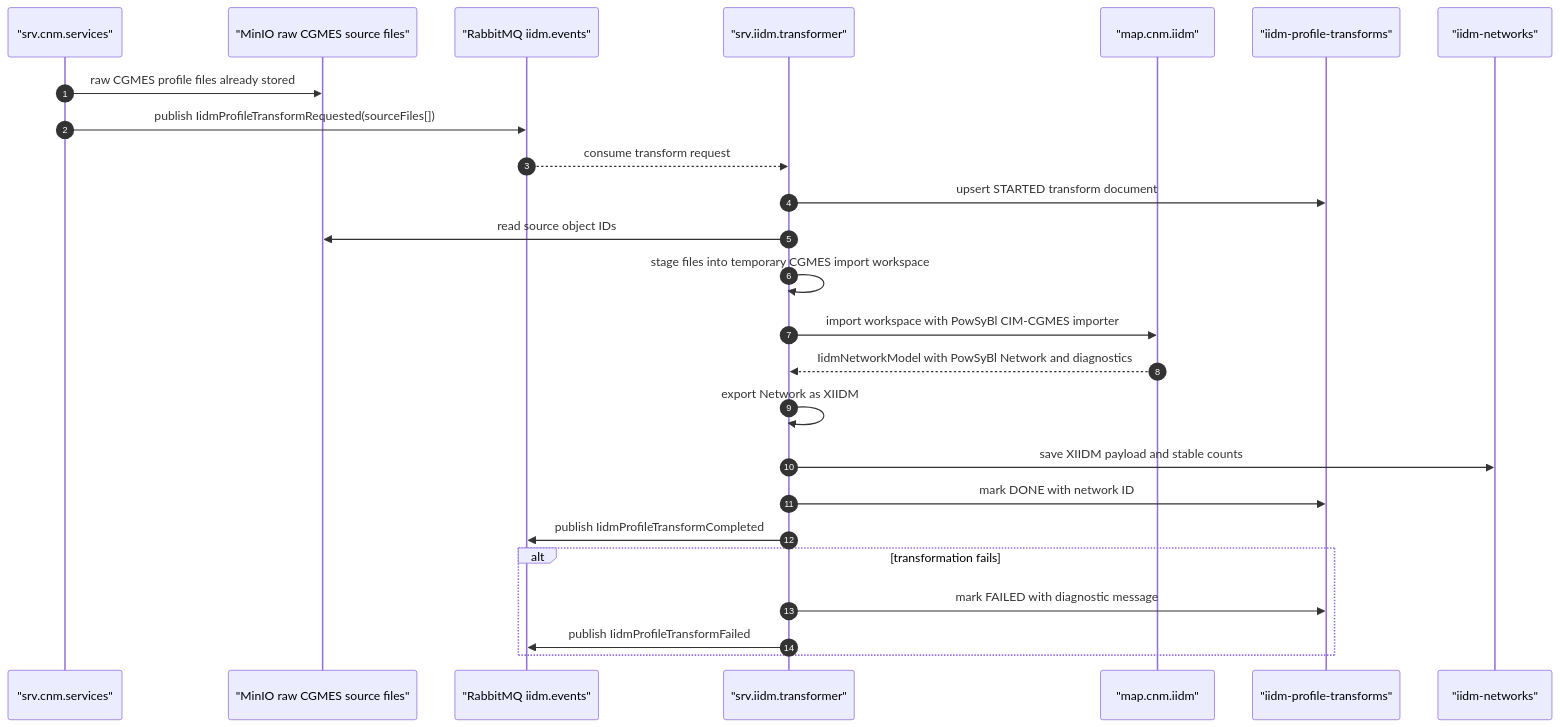
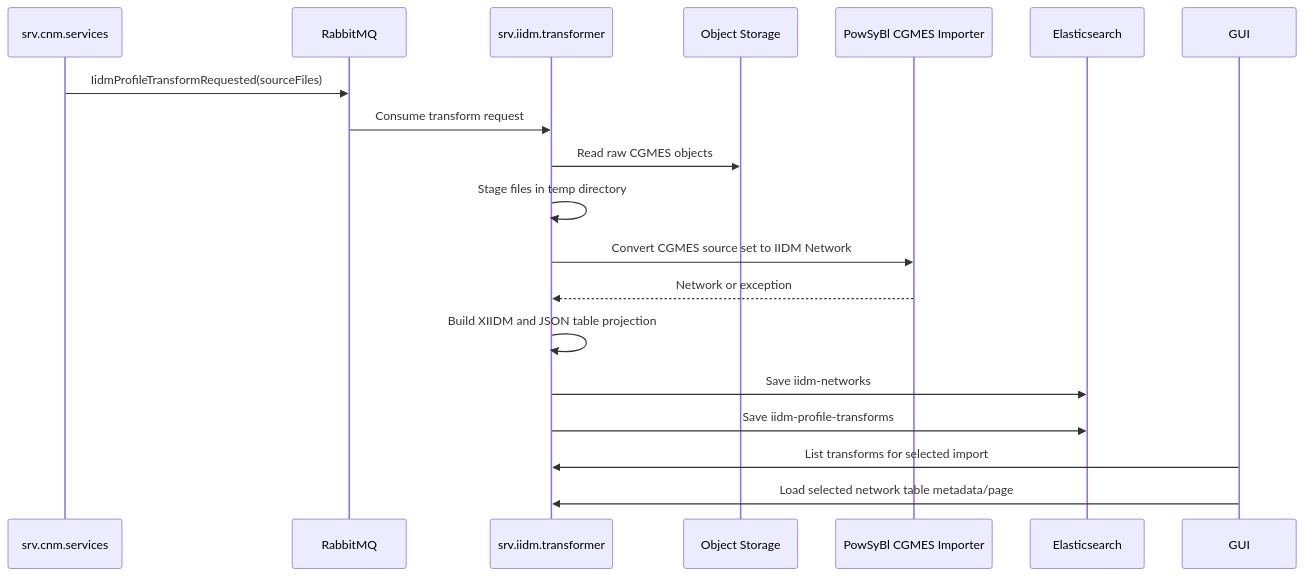
The diagram in doc.arch/IIDM_TRANSFORMATION_DESIGN.md (gsrinike/egm-suite), drawn with Mermaid before and after one commit. The commit also changed other lines of this file and 45 other files, not shown here.

````diff
--- a/doc.arch/IIDM_TRANSFORMATION_DESIGN.md
+++ b/doc.arch/IIDM_TRANSFORMATION_DESIGN.md
@@ -98,29 +75,22 @@
 ```mermaid
 sequenceDiagram
-    autonumber
-    participant CNM as "srv.cnm.services"
-    participant ObjectStore as "MinIO raw CGMES source files"
-    participant Events as "RabbitMQ iidm.events"
-    participant IIDM as "srv.iidm.transformer"
-    participant Mapping as "map.cnm.iidm"
-    participant TransformIndex as "iidm-profile-transforms"
-    participant NetworkIndex as "iidm-networks"
+  participant CNM as srv.cnm.services
+  participant MQ as RabbitMQ
+  participant IIDM as srv.iidm.transformer
+  participant MinIO as Object Storage
+  participant PowSyBl as PowSyBl CGMES Importer
+  participant ES as Elasticsearch
+  participant GUI as GUI
 
-    CNM->>ObjectStore: raw CGMES profile files already stored
-    CNM->>Events: publish IidmProfileTransformRequested(sourceFiles[])
-    Events-->>IIDM: consume transform request
-    IIDM->>TransformIndex: upsert STARTED transform document
-    IIDM->>ObjectStore: read source object IDs
-    IIDM->>IIDM: stage files into temporary CGMES import workspace
-    IIDM->>Mapping: import workspace with PowSyBl CIM-CGMES importer
-    Mapping-->>IIDM: IidmNetworkModel with PowSyBl Network and diagnostics
-    IIDM->>IIDM: export Network as XIIDM
-    IIDM->>NetworkIndex: save XIIDM payload and stable counts
-    IIDM->>TransformIndex: mark DONE with network ID
-    IIDM->>Events: publish IidmProfileTransformCompleted
-
-    alt transformation fails
-        IIDM->>TransformIndex: mark FAILED with diagnostic message
-        IIDM->>Events: publish IidmProfileTransformFailed
-    end
+  CNM->>MQ: IidmProfileTransformRequested(sourceFiles)
+  MQ->>IIDM: Consume transform request
+  IIDM->>MinIO: Read raw CGMES objects
+  IIDM->>IIDM: Stage files in temp directory
+  IIDM->>PowSyBl: Convert CGMES source set to IIDM Network
+  PowSyBl-->>IIDM: Network or exception
+  IIDM->>IIDM: Build XIIDM and JSON table projection
+  IIDM->>ES: Save iidm-networks
+  IIDM->>ES: Save iidm-profile-transforms
+  GUI->>IIDM: List transforms for selected import
+  GUI->>IIDM: Load selected network table metadata/page
 ```
````
